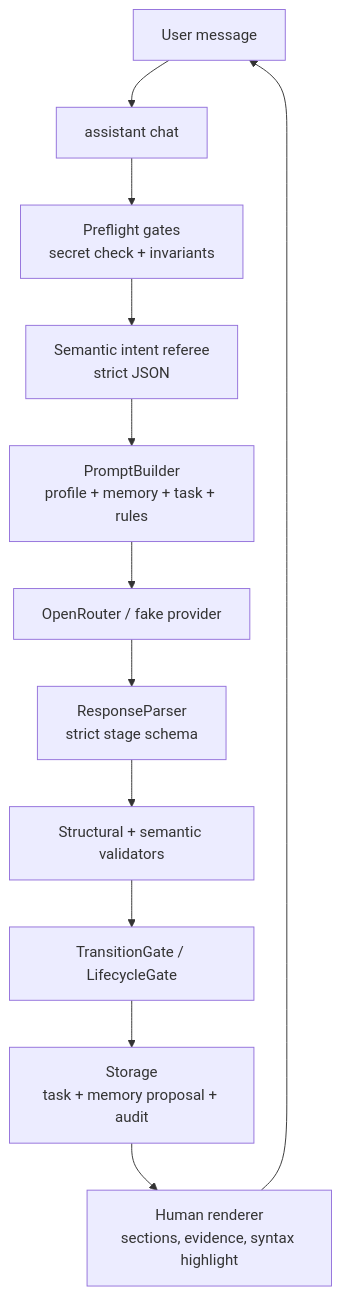
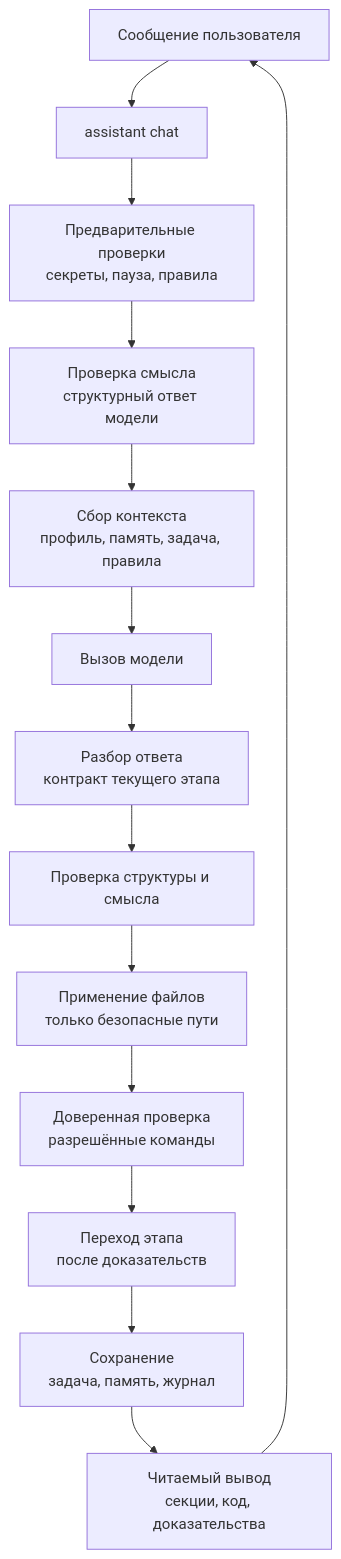
One commit to nikbrik/coding_writer changed the first of 6 diagrams in README.md. Above: the diagram before and after it, drawn with Mermaid. The commit also changed other lines of this file and 10 other files, not shown here.

````diff
--- a/README.md
+++ b/README.md
@@ -17,14 +13,16 @@
 ```mermaid
 flowchart TD
-    User["User message"] --> CLI["assistant chat"]
-    CLI --> Preflight["Preflight gates<br/>secret check + invariants"]
-    Preflight --> Intent["Semantic intent referee<br/>strict JSON"]
-    Intent --> Context["PromptBuilder<br/>profile + memory + task + rules"]
-    Context --> Provider["OpenRouter / fake provider"]
-    Provider --> Parse["ResponseParser<br/>strict stage schema"]
-    Parse --> Validate["Structural + semantic validators"]
-    Validate --> Gate["TransitionGate / LifecycleGate"]
-    Gate --> Persist["Storage<br/>task + memory proposal + audit"]
-    Persist --> Render["Human renderer<br/>sections, evidence, syntax highlight"]
-    Render --> User
+    User["Сообщение пользователя"] --> CLI["assistant chat"]
+    CLI --> Preflight["Предварительные проверки<br/>секреты, пауза, правила"]
+    Preflight --> Intent["Проверка смысла<br/>структурный ответ модели"]
+    Intent --> Prompt["Сбор контекста<br/>профиль, память, задача, правила"]
+    Prompt --> Model["Вызов модели"]
+    Model --> Parse["Разбор ответа<br/>контракт текущего этапа"]
+    Parse --> Validate["Проверка структуры и смысла"]
+    Validate --> Files["Применение файлов<br/>только безопасные пути"]
+    Files --> Verify["Доверенная проверка<br/>разрешённые команды"]
+    Verify --> Gate["Переход этапа<br/>после доказательств"]
+    Gate --> Store["Сохранение<br/>задача, память, журнал"]
+    Store --> UI["Читаемый вывод<br/>секции, код, доказательства"]
+    UI --> User
 ```
````
